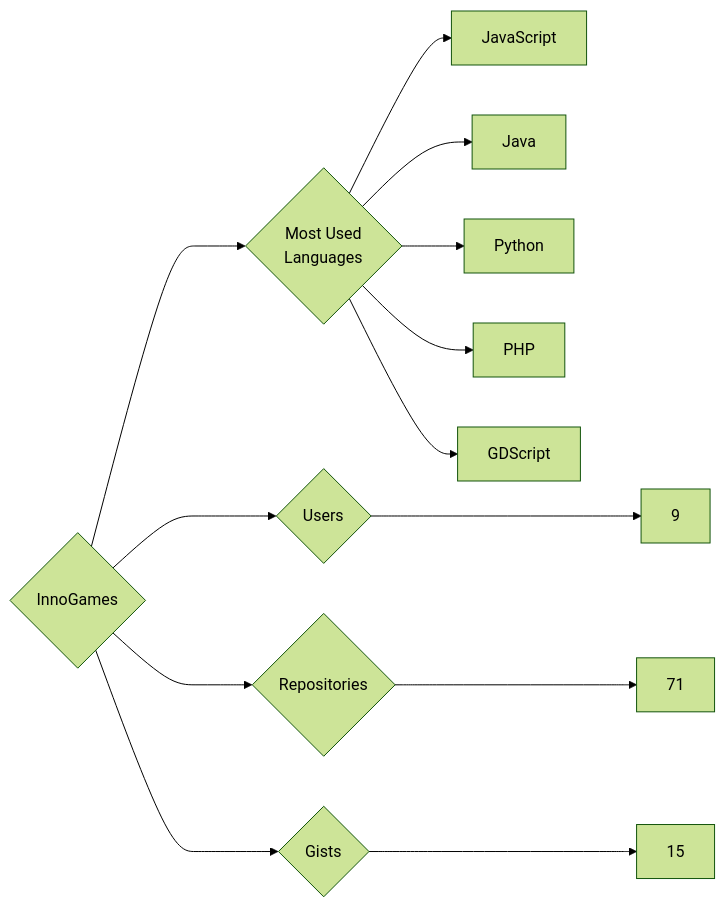
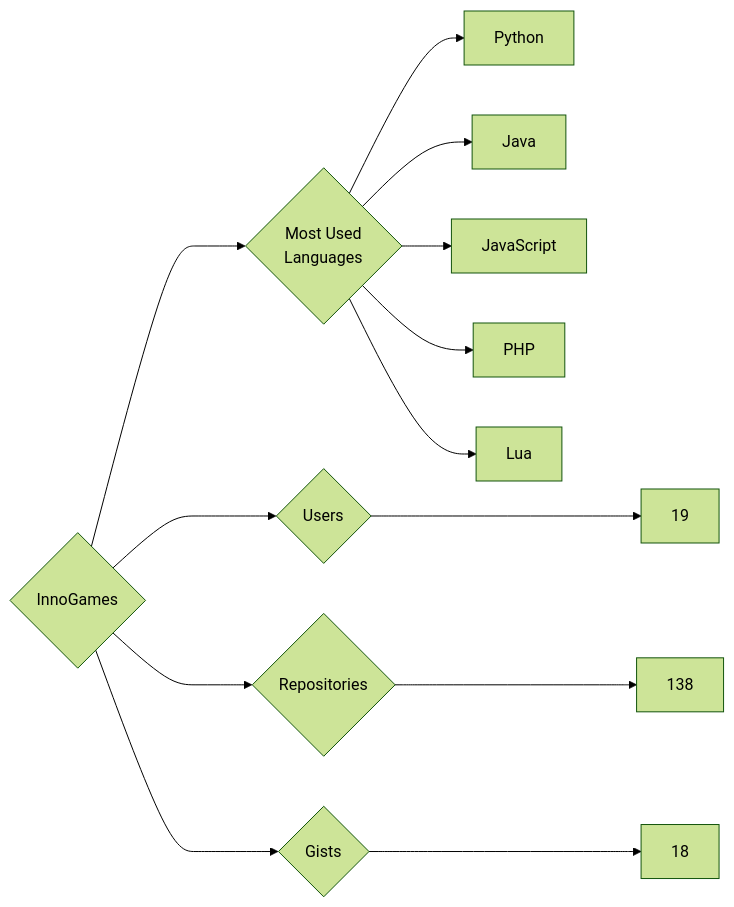
One commit to trickest/insiders changed the diagram in targets/InnoGames/README.md. Above: the diagram before and after it, drawn with Mermaid (forest theme). The commit also changed 752 other files, not shown here.

````diff
--- a/targets/InnoGames/README.md
+++ b/targets/InnoGames/README.md
@@ -3,13 +3,13 @@
 ```mermaid
 graph LR
 COMPANY_NAME{InnoGames}
-COMPANY_NAME ---> U{Users} ---> UN[9]
-COMPANY_NAME ---> R{Repositories} ---> RN[71]
-COMPANY_NAME ---> G{Gists} ---> GN[15]
+COMPANY_NAME ---> U{Users} ---> UN[19]
+COMPANY_NAME ---> R{Repositories} ---> RN[138]
+COMPANY_NAME ---> G{Gists} ---> GN[18]
 COMPANY_NAME ---> ML{Most Used<br>Languages}
+ML --> Python[Python]
+ML --> Java[Java]
 ML --> JavaScript[JavaScript]
-ML --> Java[Java]
-ML --> Python[Python]
 ML --> PHP[PHP]
-ML --> GDScript[GDScript]
+ML --> Lua[Lua]
 ```
````
